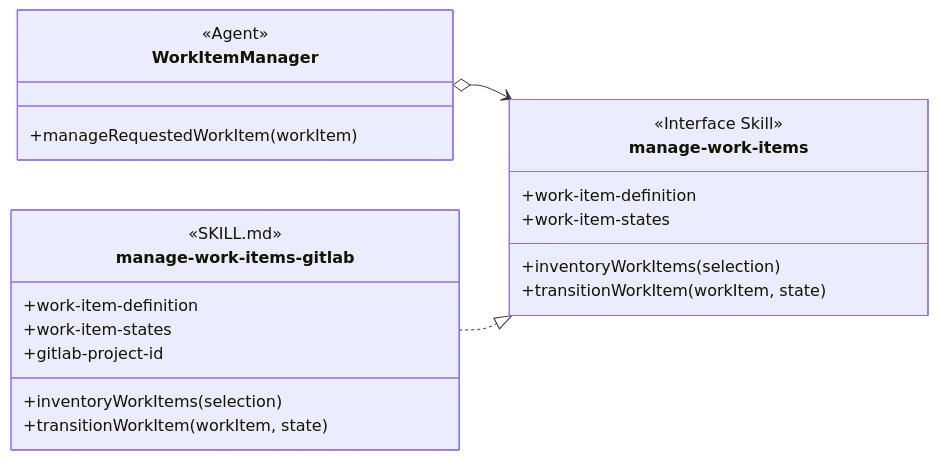
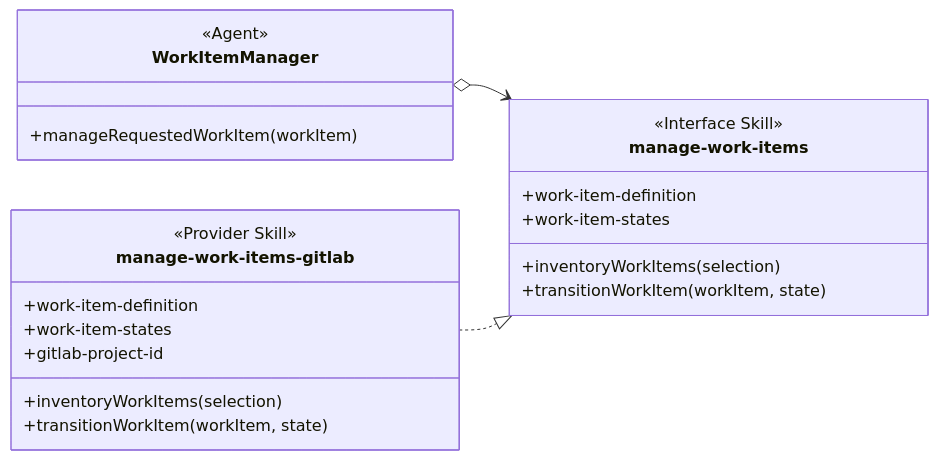
Before and after one commit to martinbechard/dev-methodology: diagram 13 of 16 in design/object-oriented-agent-and-skill-model.md, drawn with Mermaid. The commit also changed other lines of this file and 4 other files, not shown here.

````diff
--- a/design/object-oriented-agent-and-skill-model.md
+++ b/design/object-oriented-agent-and-skill-model.md
@@ -600,30 +602,29 @@
 ```mermaid
 classDiagram
     direction LR
 
     class WorkItemManager {
         <<Agent>>
         +manageRequestedWorkItem(workItem)
     }
 
     class manage-work-items["manage-work-items"] {
         <<Interface Skill>>
         +work-item-definition
         +work-item-states
         +inventoryWorkItems(selection)
         +transitionWorkItem(workItem, state)
     }
 
     class manage-work-items-gitlab {
-        <<SKILL.md>>
-        <<Implementation Skill>>
+        <<Provider Skill>>
         +work-item-definition
         +work-item-states
         +gitlab-project-id
         +inventoryWorkItems(selection)
         +transitionWorkItem(workItem, state)
     }
 
     WorkItemManager o--> manage-work-items
     manage-work-items-gitlab ..|> manage-work-items
 ```
````
